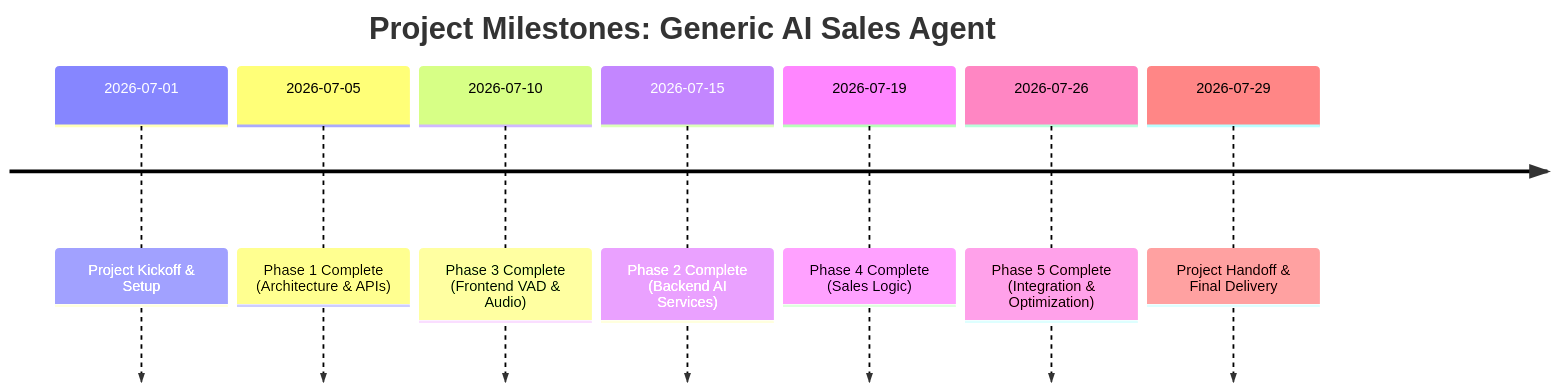
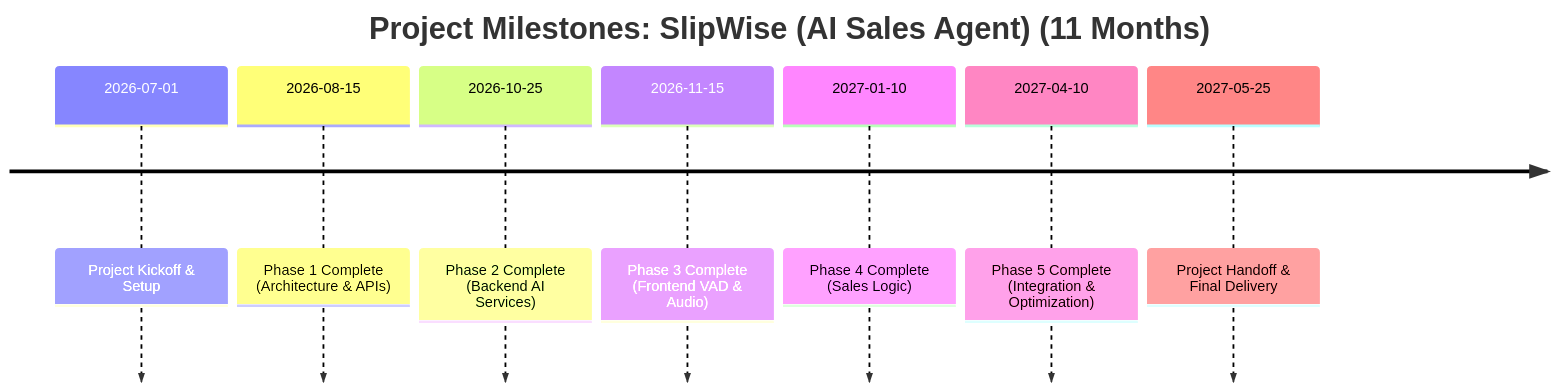
One commit to yugaaank/SellWise changed the second of 3 diagrams in main.md. Above: the diagram before and after it, drawn with Mermaid. The commit also changed other lines of this file and 2 other files, not shown here.

Commit message:
changed the name and timeline

````diff
--- a/main.md
+++ b/main.md
@@ -60,11 +60,11 @@
 ```mermaid
 timeline
-    title Project Milestones: Generic AI Sales Agent
+    title Project Milestones: SlipWise (AI Sales Agent) (11 Months)
     2026-07-01 : Project Kickoff & Setup
-    2026-07-05 : Phase 1 Complete (Architecture & APIs)
-    2026-07-10 : Phase 3 Complete (Frontend VAD & Audio)
-    2026-07-15 : Phase 2 Complete (Backend AI Services)
-    2026-07-19 : Phase 4 Complete (Sales Logic)
-    2026-07-26 : Phase 5 Complete (Integration & Optimization)
-    2026-07-29 : Project Handoff & Final Delivery
+    2026-08-15 : Phase 1 Complete (Architecture & APIs)
+    2026-10-25 : Phase 2 Complete (Backend AI Services)
+    2026-11-15 : Phase 3 Complete (Frontend VAD & Audio)
+    2027-01-10 : Phase 4 Complete (Sales Logic)
+    2027-04-10 : Phase 5 Complete (Integration & Optimization)
+    2027-05-25 : Project Handoff & Final Delivery
 ```
````
